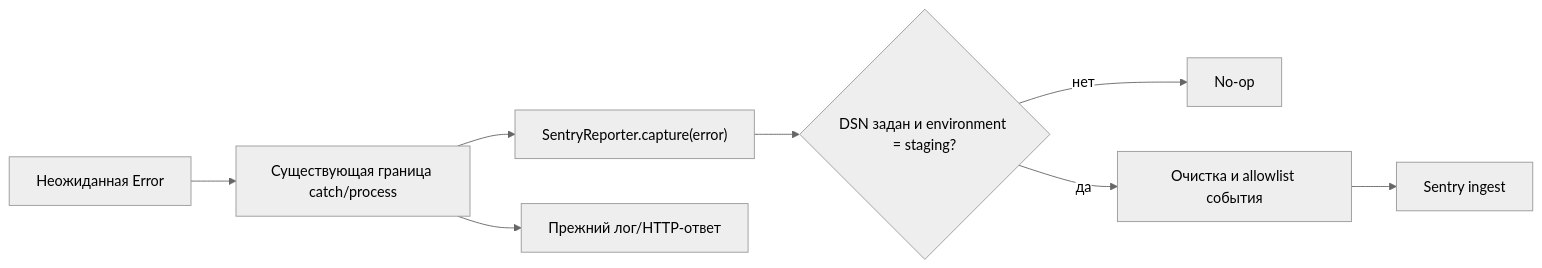
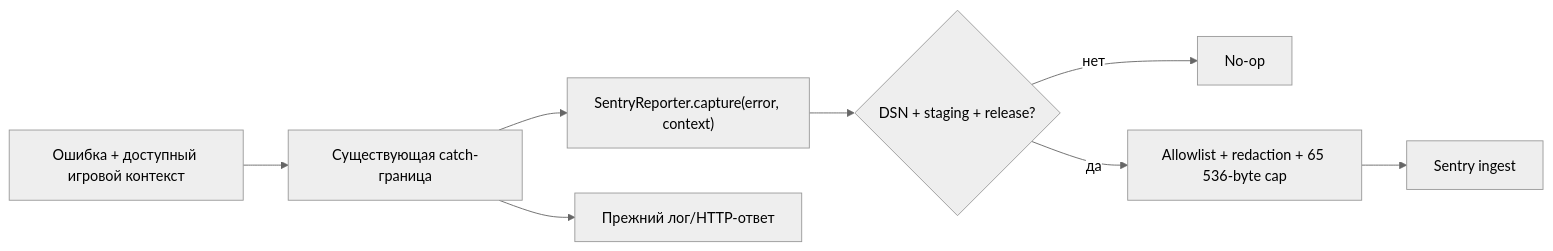
The diagram in kitty-specs/tm-sentry-staging-observability-01KZQTZ0/plan.md (rusliksu/terraforming-mars), drawn with Mermaid (neutral theme) before and after one commit. The commit also changed other lines of this file and 10 other files, not shown here.

Commit message:
Расширить Sentry-контекст без секретов

````diff
--- a/kitty-specs/tm-sentry-staging-observability-01KZQTZ0/plan.md
+++ b/kitty-specs/tm-sentry-staging-observability-01KZQTZ0/plan.md
@@ -34,10 +34,10 @@
 ```mermaid
 flowchart LR
-  U["Неожиданная Error"] --> B["Существующая граница catch/process"]
-  B --> R["SentryReporter.capture(error)"]
-  R --> G{"DSN задан и environment = staging?"}
+  U["Ошибка + доступный игровой контекст"] --> B["Существующая catch-граница"]
+  B --> R["SentryReporter.capture(error, context)"]
+  R --> G{"DSN + staging + release?"}
   G -- "нет" --> N["No-op"]
-  G -- "да" --> S["Очистка и allowlist события"]
+  G -- "да" --> S["Allowlist + redaction + 65 536-byte cap"]
   S --> E["Sentry ingest"]
   B --> O["Прежний лог/HTTP-ответ"]
 ```
````
